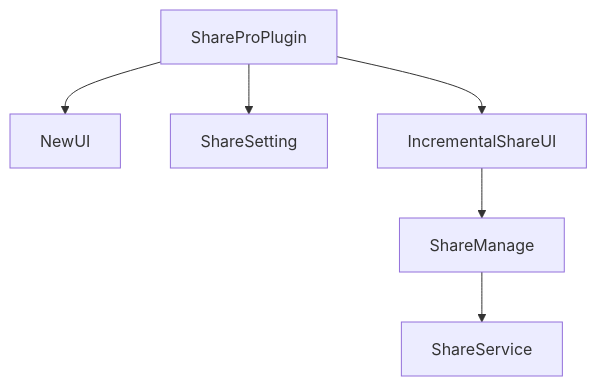
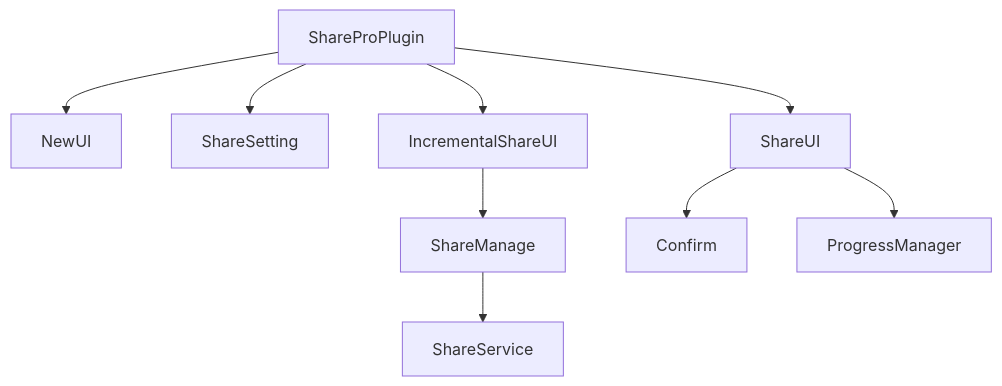
The seventh of 7 diagrams in .qoder/repowiki/zh/content/UI组件系统/页面组件.md (terwerinc/siyuan-plugin-share-pro), drawn with Mermaid before and after one commit. The commit also changed other lines of this file and 10 other files, not shown here.

````diff
--- a/.qoder/repowiki/zh/content/UI组件系统/页面组件.md
+++ b/.qoder/repowiki/zh/content/UI组件系统/页面组件.md
@@ -307,14 +387,20 @@
 ```mermaid
 graph TB
 PI["ShareProPlugin"]
 NEWUI["NewUI"]
 SS["ShareSetting"]
 ISUI["IncrementalShareUI"]
 SM["ShareManage"]
+SU["ShareUI"]
+CONF["Confirm"]
+PM["ProgressManager"]
 SVC["ShareService"]
 PI --> SS
 PI --> ISUI
 PI --> NEWUI
+PI --> SU
 ISUI --> SM
 SM --> SVC
+SU --> CONF
+SU --> PM
 ```
````
